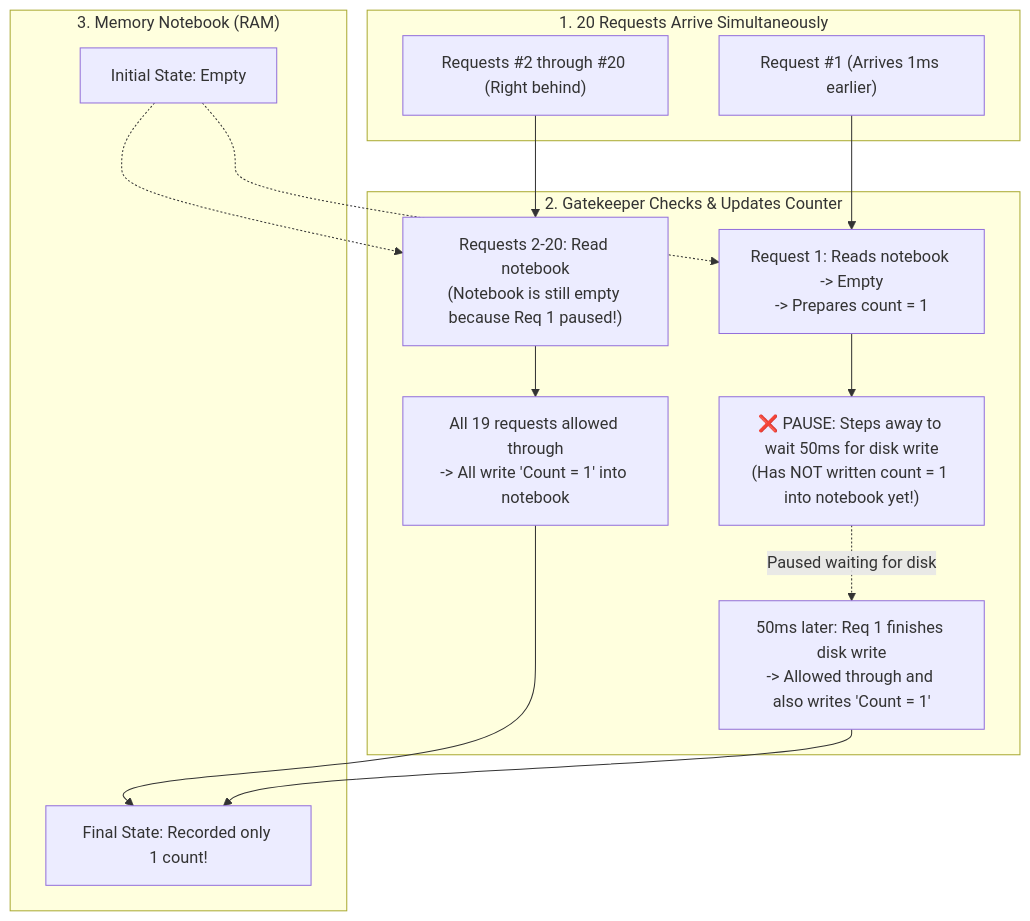
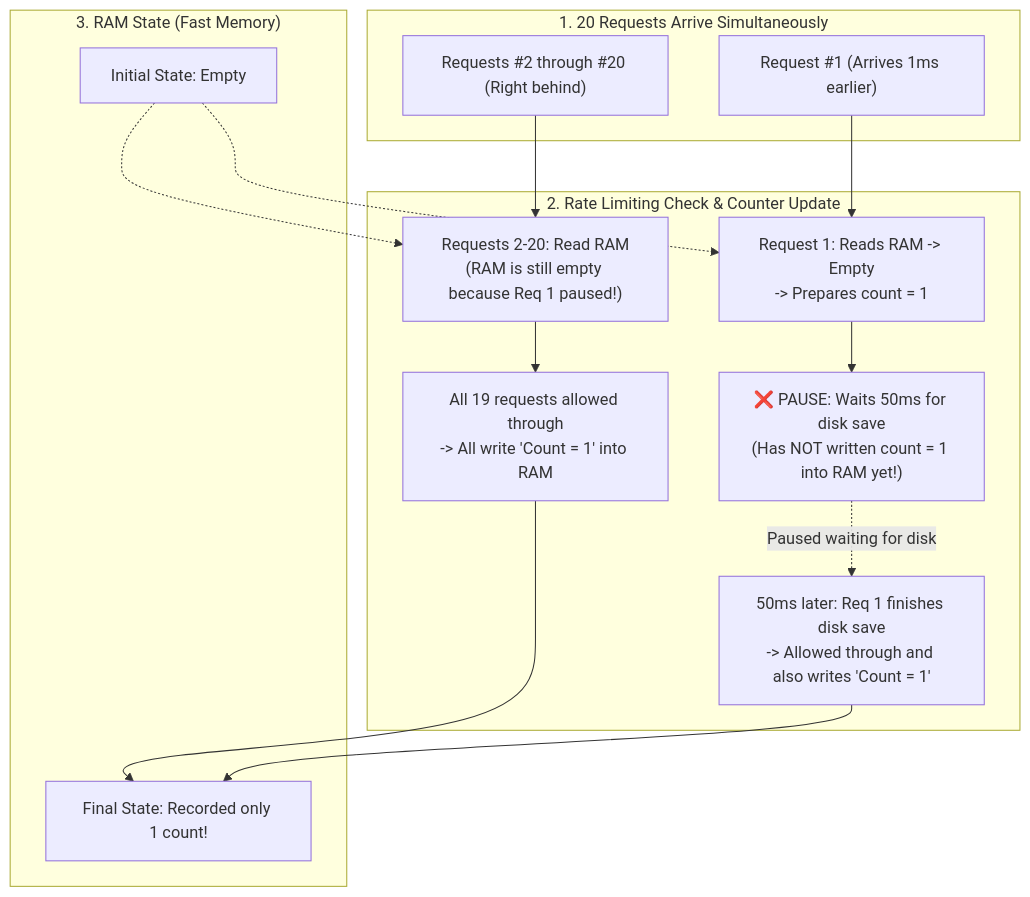
Before and after one commit to loerei/myskills: the third of 3 diagrams in productivity/your-co-engineer-for-this-jet-engine-is-an-infant/REFERENCE.md, drawn with Mermaid. The commit also changed other lines of this file and 1 other file, not shown here.

````diff
--- a/productivity/your-co-engineer-for-this-jet-engine-is-an-infant/REFERENCE.md
+++ b/productivity/your-co-engineer-for-this-jet-engine-is-an-infant/REFERENCE.md
@@ -103,28 +103,28 @@
 ```mermaid
 flowchart TD
     subgraph INCOMING["1. 20 Requests Arrive Simultaneously"]
         Req1["Request #1 (Arrives 1ms earlier)"]
         ReqRest["Requests #2 through #20 (Right behind)"]
     end
 
-    subgraph GATEKEEPER["2. Gatekeeper Checks & Updates Counter"]
-        Check1["Request 1: Reads notebook -> Empty<br/>-> Prepares count = 1"]
-        Wait1["❌ PAUSE: Steps away to wait 50ms for disk write<br/>(Has NOT written count = 1 into notebook yet!)"]
+    subgraph LIMITER["2. Rate Limiting Check & Counter Update"]
+        Check1["Request 1: Reads RAM -> Empty<br/>-> Prepares count = 1"]
+        Wait1["❌ PAUSE: Waits 50ms for disk save<br/>(Has NOT written count = 1 into RAM yet!)"]
         
-        CheckRest["Requests 2-20: Read notebook<br/>(Notebook is still empty because Req 1 paused!)"]
-        PassRest["All 19 requests allowed through<br/>-> All write 'Count = 1' into notebook"]
+        CheckRest["Requests 2-20: Read RAM<br/>(RAM is still empty because Req 1 paused!)"]
+        PassRest["All 19 requests allowed through<br/>-> All write 'Count = 1' into RAM"]
         
-        Wake1["50ms later: Req 1 finishes disk write<br/>-> Allowed through and also writes 'Count = 1'"]
+        Wake1["50ms later: Req 1 finishes disk save<br/>-> Allowed through and also writes 'Count = 1'"]
     end
 
-    subgraph NOTEBOOK["3. Memory Notebook (RAM)"]
+    subgraph RAM["3. RAM State (Fast Memory)"]
         StateEmpty["Initial State: Empty"]
         StateFinal["Final State: Recorded only 1 count!"]
     end
 
     Req1 --> Check1 --> Wait1
     ReqRest --> CheckRest --> PassRest --> StateFinal
     Wait1 -.->|"Paused waiting for disk"| Wake1 --> StateFinal
     StateEmpty -.-> Check1
     StateEmpty -.-> CheckRest
 ```
````
